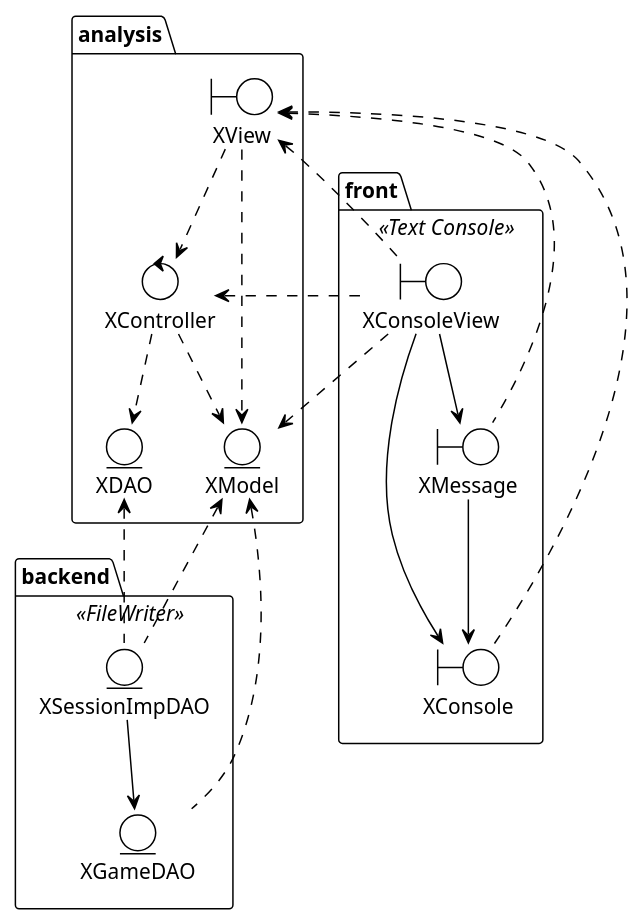
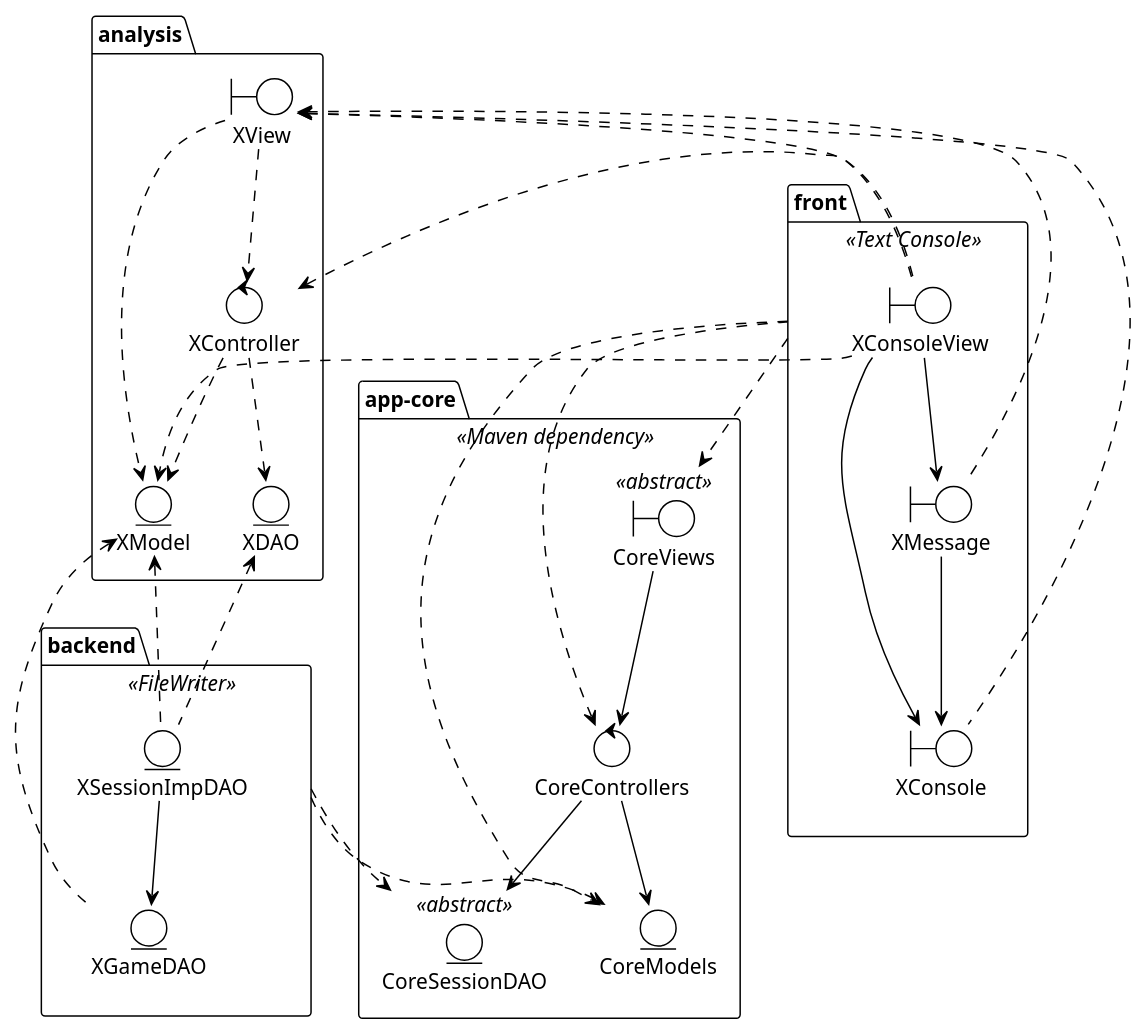
The diagram in docs/console/architecture_desing/architecture_desing.plantuml (PacoMorando/multiplatform-master-mind), drawn with PlantUML before and after one commit. The commit also changed 1 other file, not shown here.

```diff
--- a/docs/console/architecture_desing/architecture_desing.plantuml
+++ b/docs/console/architecture_desing/architecture_desing.plantuml
@@ -1,42 +1,59 @@
 @startuml analysis-architecture
 !theme plain
 
 package analysis{
     boundary XView
     control XController
     entity XDAO
     entity XModel
 }
 
 
 XView ..> XController
 XView ..> XModel
 XController ..> XModel
 XController ..> XDAO
 
 package front <<Text Console>> {
     boundary XConsoleView
     boundary XConsole
     boundary XMessage
 }
 
 XConsoleView .up.> XView
 XConsoleView .up.> XController
 XConsoleView --> XConsole
 XConsoleView --> XMessage
 XConsoleView ..> XModel
 XConsole .up.> XView
 XMessage .up.> XView
 XMessage --> XConsole
 
 package backend <<FileWriter>> {
     entity XSessionImpDAO
     entity XGameDAO
 }
 
 XSessionImpDAO .up.> XDAO
 XSessionImpDAO .up.> XModel
 XSessionImpDAO --> XGameDAO
 XGameDAO .up.> XModel
 
+package app-core <<Maven dependency>> {
+    entity CoreSessionDAO <<abstract>>
+    boundary CoreViews <<abstract>>
+    control CoreControllers
+    entity CoreModels
+}
+
+CoreControllers --> CoreModels
+CoreControllers --> CoreSessionDAO
+CoreViews --> CoreControllers
+
+front .left.> CoreControllers
+front .down.> CoreViews
+front .down.> CoreModels
+backend ..> CoreSessionDAO
+backend ..> CoreModels
+
 @enduml
```
